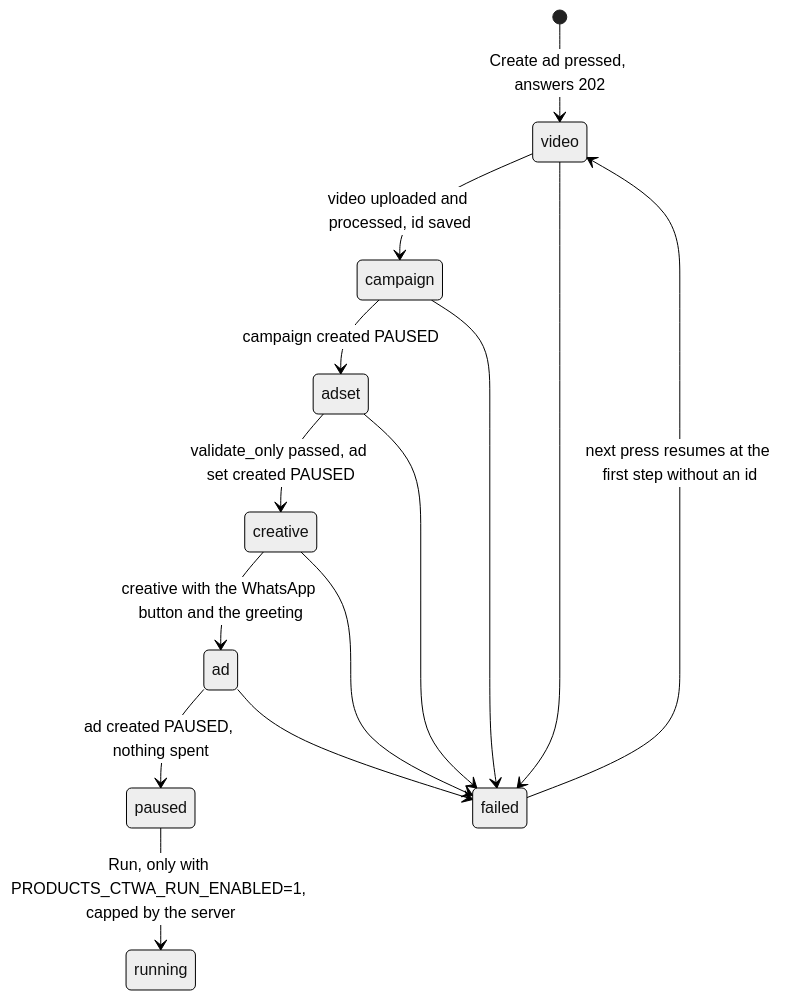
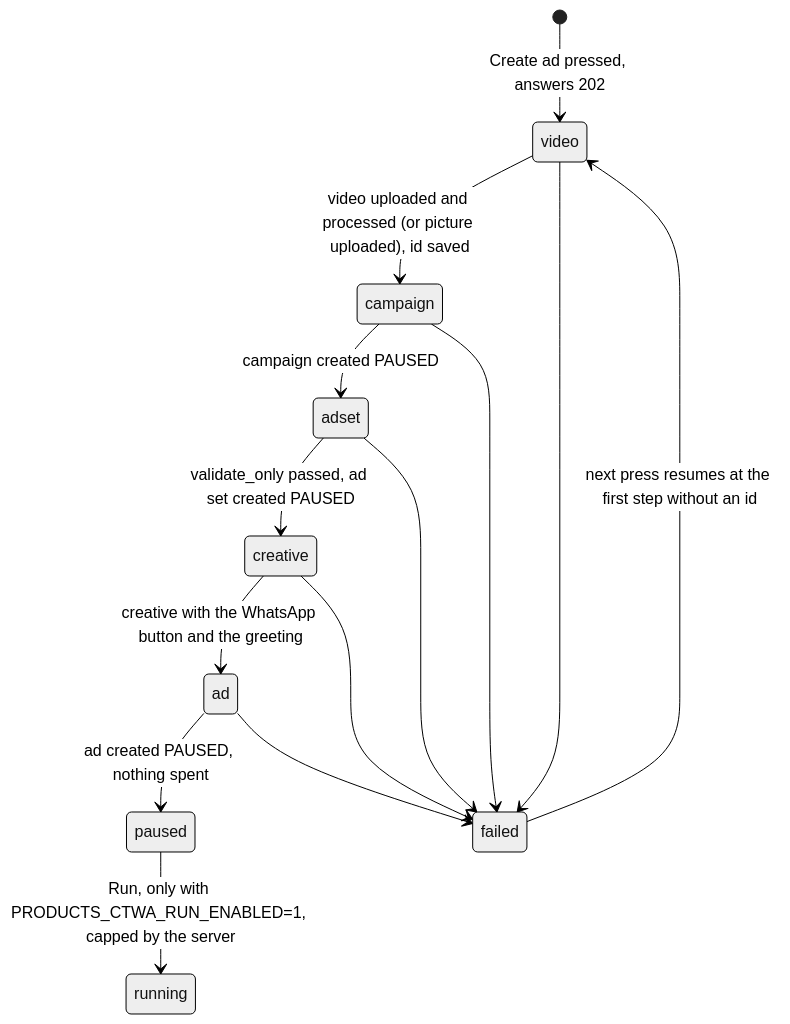
Before and after one commit to Fatdrfrog/meta-ai-hackathon: the fourth of 4 diagrams in docs/architecture.md, drawn with Mermaid (neutral theme). The commit also changed other lines of this file and 2 other files, not shown here.

````diff
--- a/docs/architecture.md
+++ b/docs/architecture.md
@@ -183,16 +183,16 @@
 ```mermaid
 stateDiagram-v2
   [*] --> video: Create ad pressed, answers 202
-  video --> campaign: video uploaded and processed, id saved
+  video --> campaign: video uploaded and processed (or picture uploaded), id saved
   campaign --> adset: campaign created PAUSED
   adset --> creative: validate_only passed, ad set created PAUSED
   creative --> ad: creative with the WhatsApp button and the greeting
   ad --> paused: ad created PAUSED, nothing spent
   video --> failed
   campaign --> failed
   adset --> failed
   creative --> failed
   ad --> failed
   failed --> video: next press resumes at the first step without an id
   paused --> running: Run, only with PRODUCTS_CTWA_RUN_ENABLED=1, capped by the server
 ```
````
